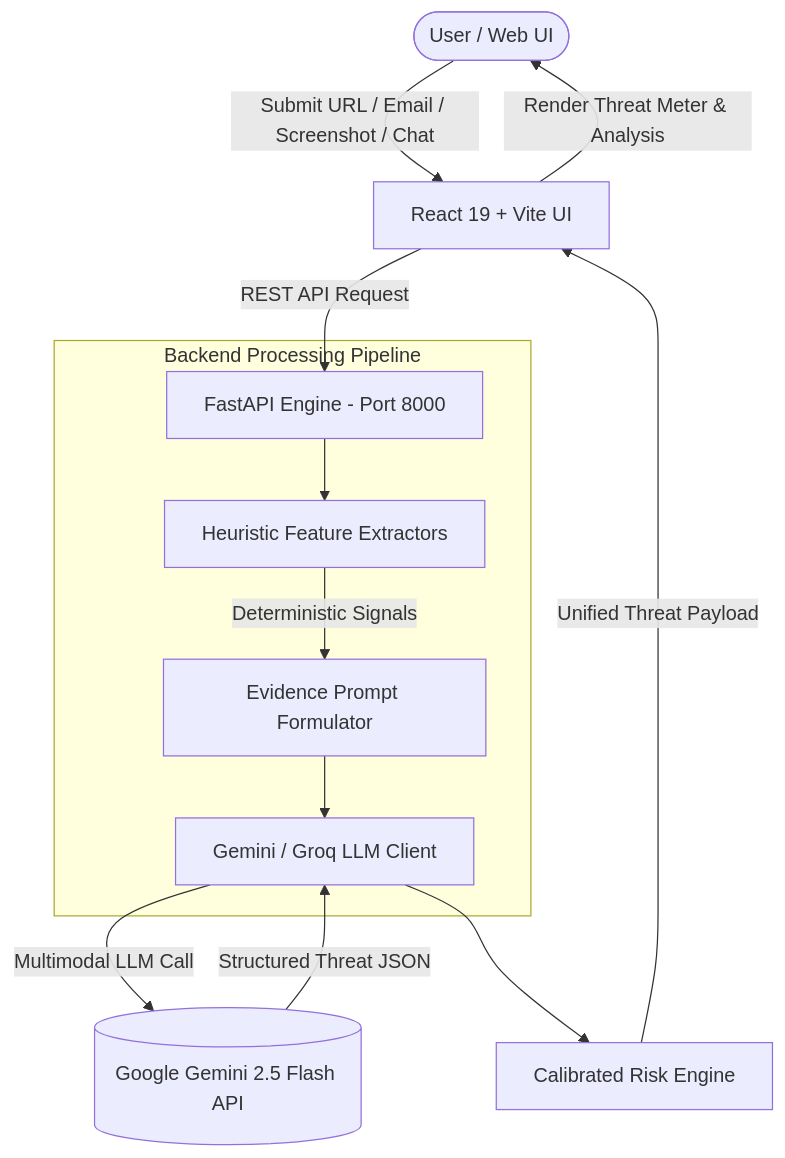
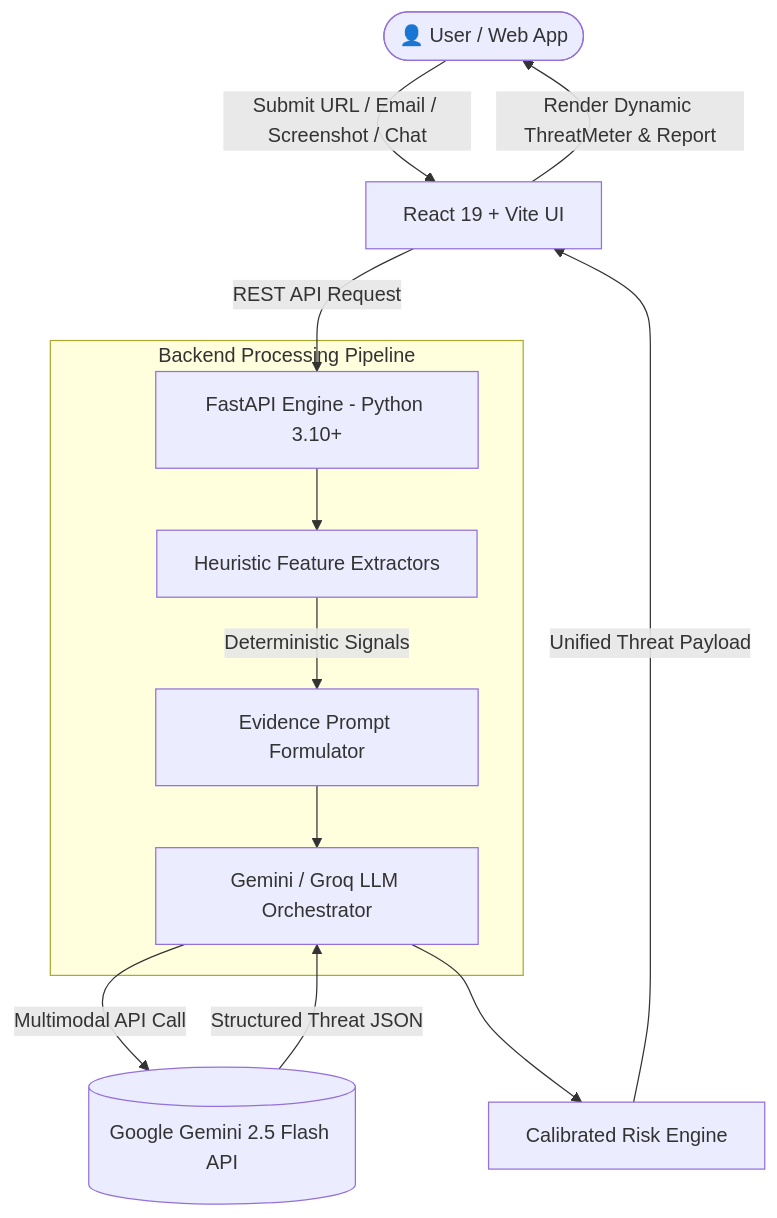
Before and after one commit to jeffjeromejabez/SentinelAI: the diagram in README.md, drawn with Mermaid. The commit also changed other lines of this file, not shown here.

Commit message:
Enhance README.md with live deployment badges, problem-solution table, and architecture flowcharts

````diff
--- a/README.md
+++ b/README.md
@@ -46,17 +87,17 @@
 ```mermaid
 flowchart TD
-    User([User / Web UI]) -->|Submit URL / Email / Screenshot / Chat| Frontend[React 19 + Vite UI]
-    Frontend -->|REST API Request| Backend[FastAPI Engine - Port 8000]
+    User([👤 User / Web App]) -->|Submit URL / Email / Screenshot / Chat| Frontend[React 19 + Vite UI]
+    Frontend -->|REST API Request| Backend[FastAPI Engine - Python 3.10+]
     
     subgraph Backend_Pipeline [Backend Processing Pipeline]
         Backend --> FeatureExtractor[Heuristic Feature Extractors]
         FeatureExtractor -->|Deterministic Signals| PromptBuilder[Evidence Prompt Formulator]
-        PromptBuilder --> LLMOrchestrator[Gemini / Groq LLM Client]
+        PromptBuilder --> LLMOrchestrator[Gemini / Groq LLM Orchestrator]
     end
     
-    LLMOrchestrator -->|Multimodal LLM Call| GeminiAPI[(Google Gemini 2.5 Flash API)]
+    LLMOrchestrator -->|Multimodal API Call| GeminiAPI[(Google Gemini 2.5 Flash API)]
     GeminiAPI -->|Structured Threat JSON| LLMOrchestrator
     LLMOrchestrator --> Evaluator[Calibrated Risk Engine]
     Evaluator -->|Unified Threat Payload| Frontend
-    Frontend -->|Render Threat Meter & Analysis| User
+    Frontend -->|Render Dynamic ThreatMeter & Report| User
 ```
````
